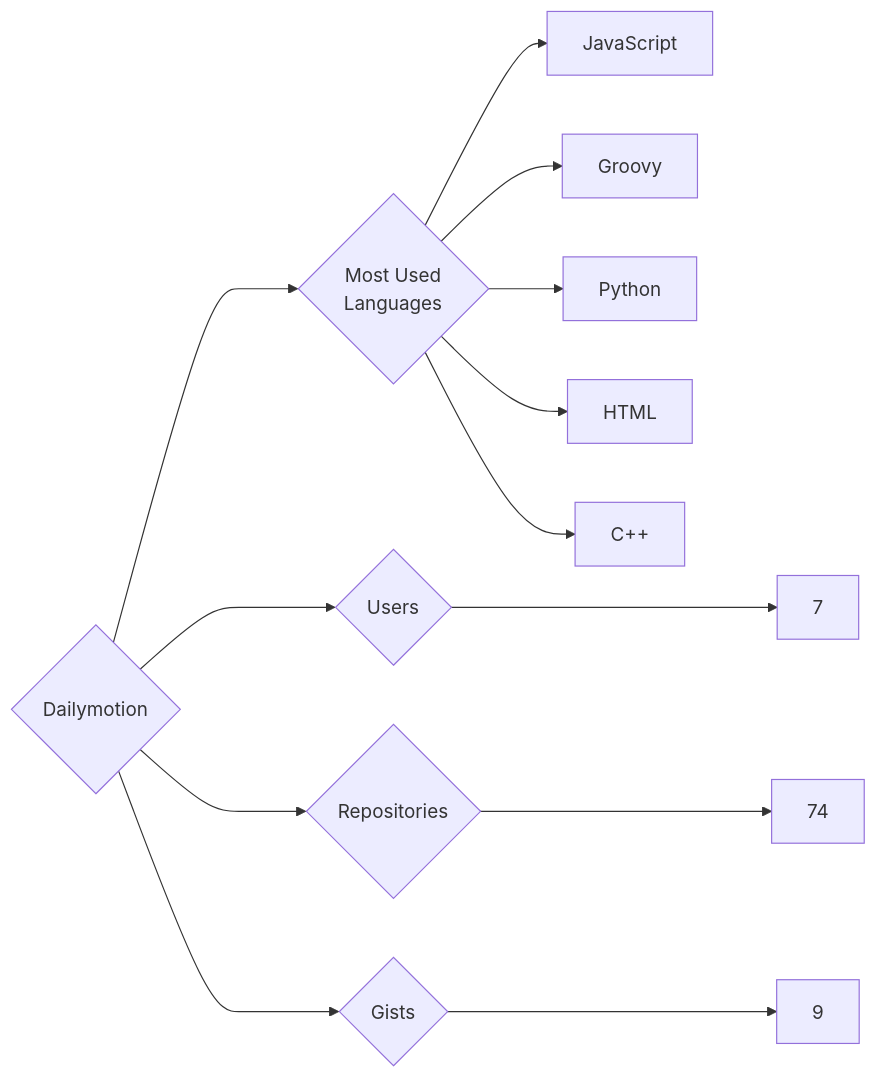
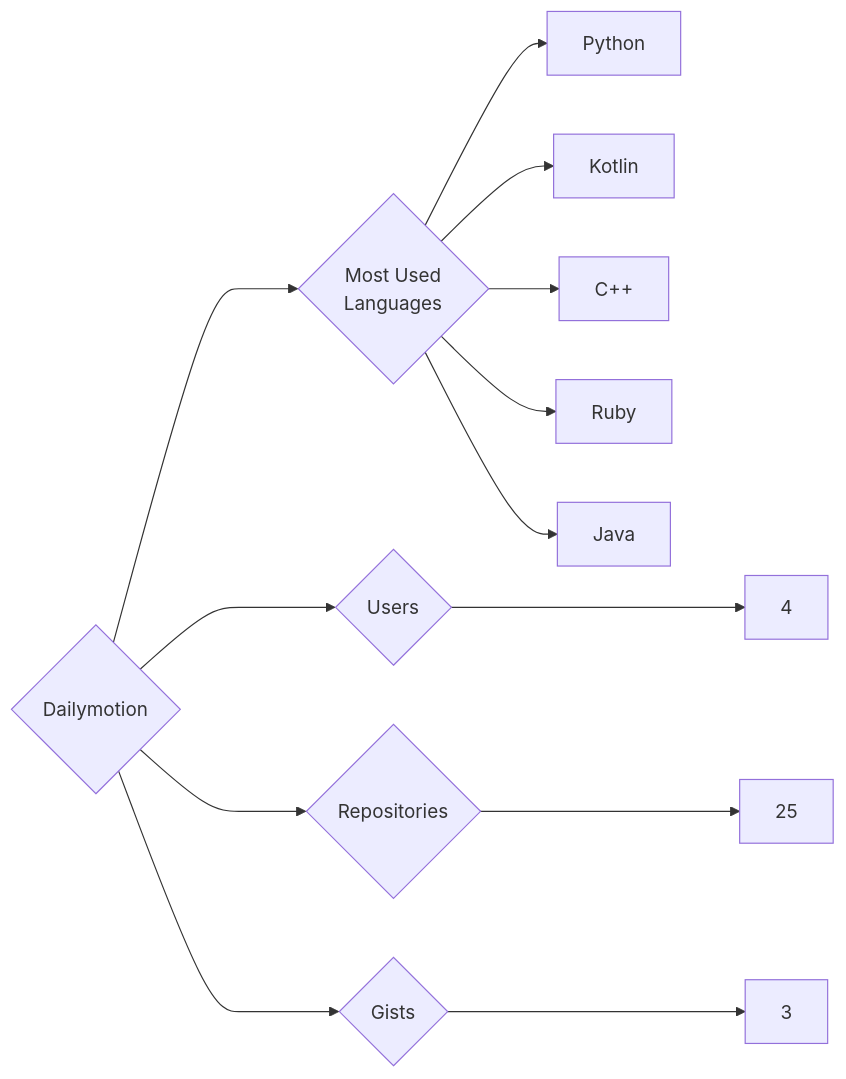
Before and after one commit to trickest/insiders: the diagram in targets/Dailymotion/README.md, drawn with Mermaid. The commit also changed 1123 other files, not shown here.

````diff
--- a/targets/Dailymotion/README.md
+++ b/targets/Dailymotion/README.md
@@ -3,13 +3,13 @@
 ```mermaid
 graph LR
 COMPANY_NAME{Dailymotion}
-COMPANY_NAME ---> U{Users} ---> UN[7]
-COMPANY_NAME ---> R{Repositories} ---> RN[74]
-COMPANY_NAME ---> G{Gists} ---> GN[9]
+COMPANY_NAME ---> U{Users} ---> UN[4]
+COMPANY_NAME ---> R{Repositories} ---> RN[25]
+COMPANY_NAME ---> G{Gists} ---> GN[3]
 COMPANY_NAME ---> ML{Most Used<br>Languages}
-ML --> JavaScript[JavaScript]
-ML --> Groovy[Groovy]
 ML --> Python[Python]
-ML --> HTML[HTML]
+ML --> Kotlin[Kotlin]
 ML --> C++[C++]
+ML --> Ruby[Ruby]
+ML --> Java[Java]
 ```
````
